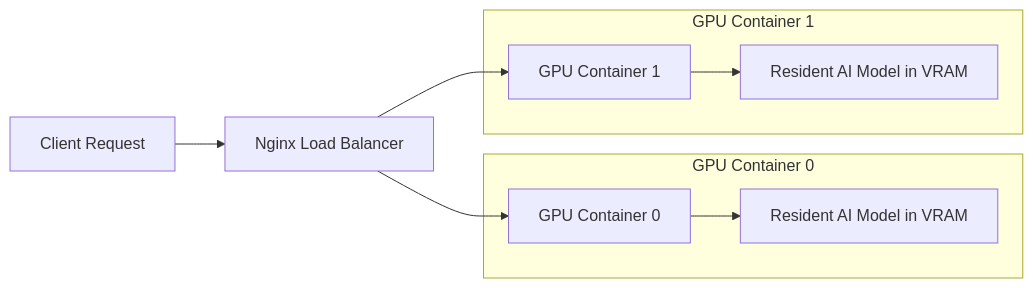
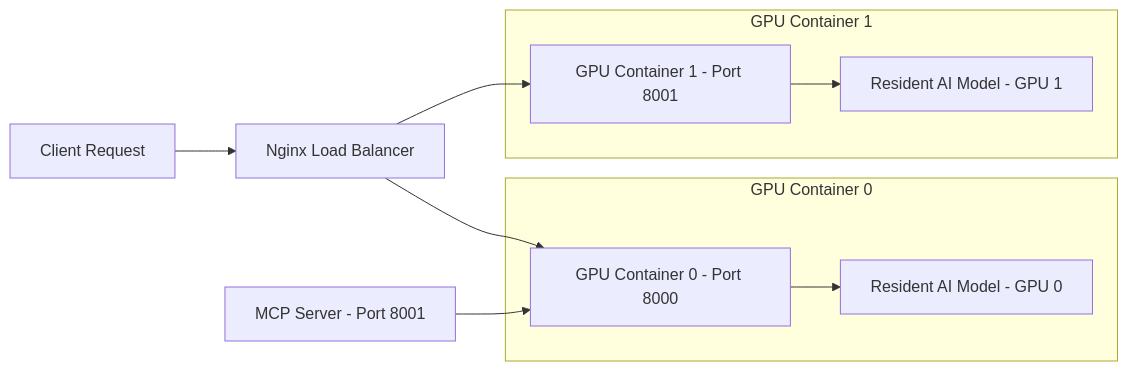
One commit to hotwa/mole_antimicrobial_potential changed the diagram in README.md. Above: the diagram before and after it, drawn with Mermaid. The commit also changed other lines of this file and 8 other files, not shown here.

First line of the commit message:
feat: update multi-GPU architecture with flexible deployment

````diff
--- a/README.md
+++ b/README.md
@@ -12,14 +12,16 @@
 ```mermaid
 graph LR
     Client[Client Request] --> Nginx[Nginx Load Balancer]
-    Nginx --> GPU0[GPU Container 0]
-    Nginx --> GPU1[GPU Container 1]
+    Nginx --> GPU0[GPU Container 0 - Port 8000]
+    Nginx --> GPU1[GPU Container 1 - Port 8001]
 
     subgraph "GPU Container 0"
-        GPU0 --> Model0[Resident AI Model in VRAM]
+        GPU0 --> Model0[Resident AI Model - GPU 0]
     end
 
     subgraph "GPU Container 1"
-        GPU1 --> Model1[Resident AI Model in VRAM]
+        GPU1 --> Model1[Resident AI Model - GPU 1]
     end
+
+    MCP[MCP Server - Port 8001] --> GPU0
 ```
````
